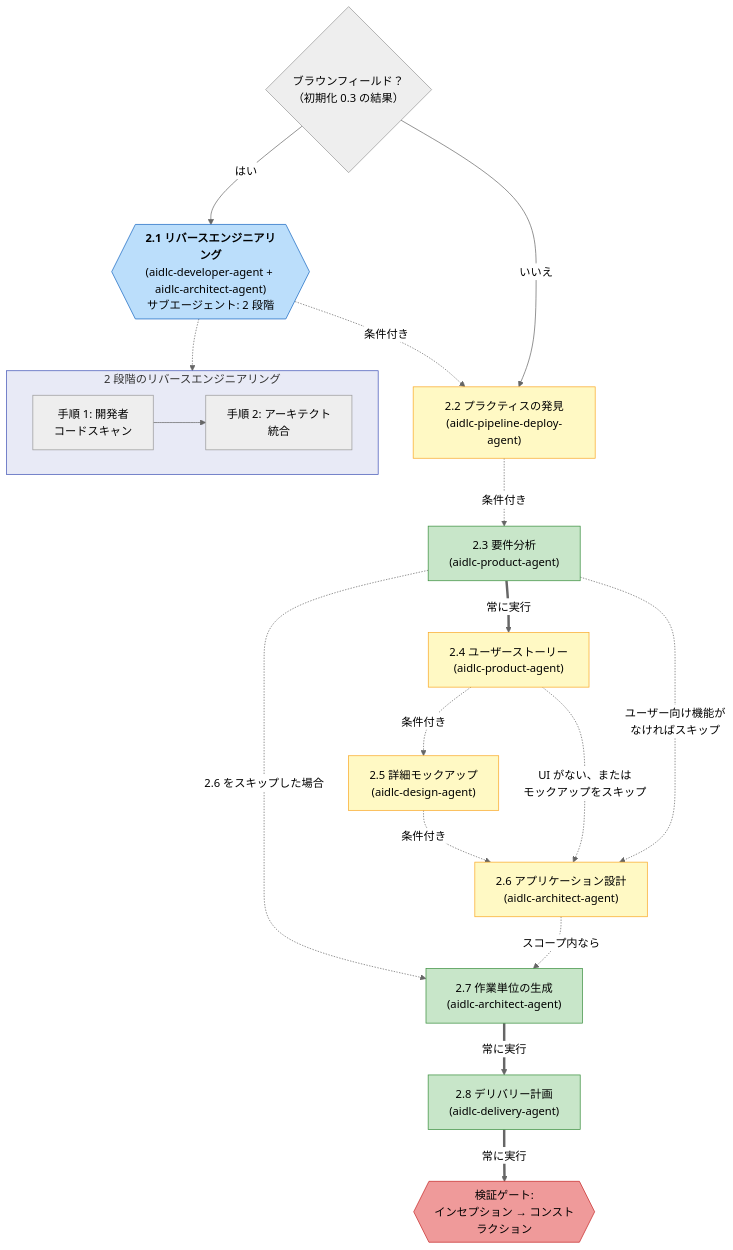
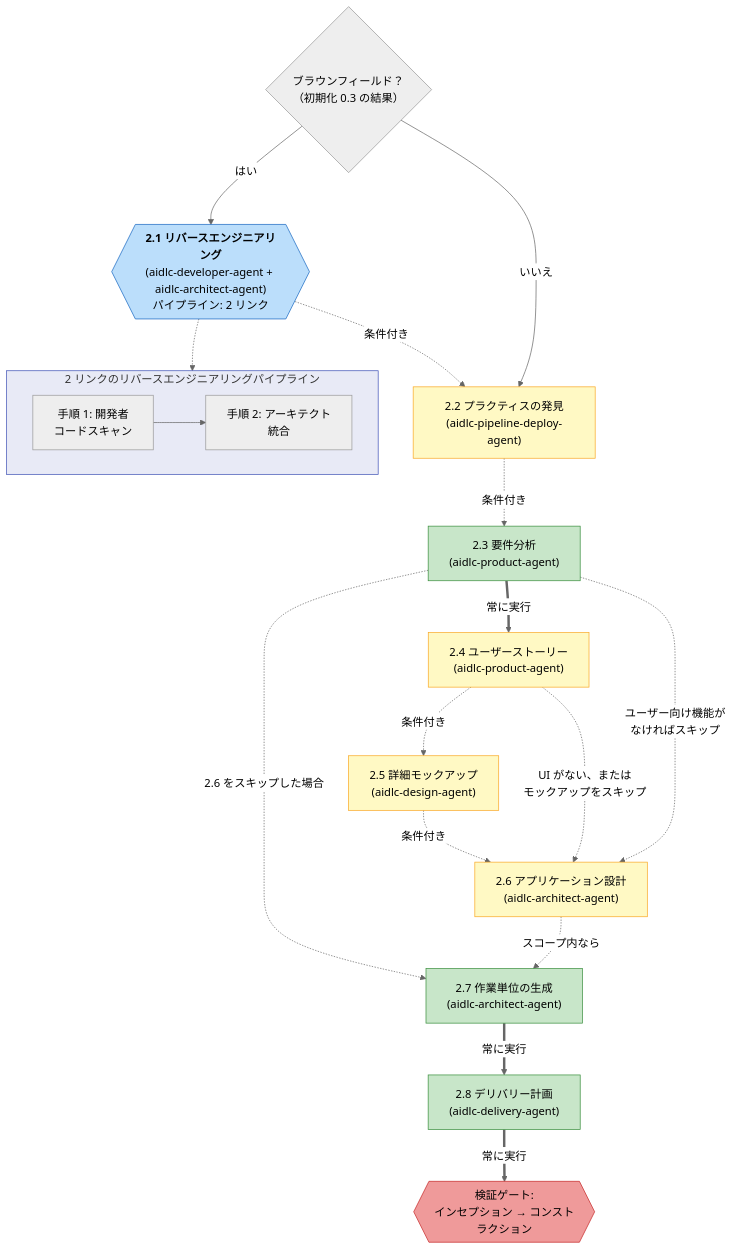
One commit to otomatty/aidlc-workflows-docs changed the third of 6 diagrams in docs/guide/04-phases-and-stages.mdx. Above: the diagram before and after it, drawn with Mermaid (neutral theme). The commit also changed other lines of this file and 71 other files, not shown here.

````diff
--- a/docs/guide/04-phases-and-stages.mdx
+++ b/docs/guide/04-phases-and-stages.mdx
@@ -144,50 +144,50 @@
 ```mermaid
 flowchart TD
     S21{{"`**2.1 リバースエンジニアリング**
     (aidlc-developer-agent + aidlc-architect-agent)
-    サブエージェント: 2 段階`"}}
+    パイプライン: 2 リンク`"}}
     S2P["2.2 プラクティスの発見\n(aidlc-pipeline-deploy-agent)"]
     S22["2.3 要件分析\n(aidlc-product-agent)"]
     S23["2.4 ユーザーストーリー\n(aidlc-product-agent)"]
     S24["2.5 詳細モックアップ\n(aidlc-design-agent)"]
     S25["2.6 アプリケーション設計\n(aidlc-architect-agent)"]
     S26["2.7 作業単位の生成\n(aidlc-architect-agent)"]
     S27["2.8 デリバリー計画\n(aidlc-delivery-agent)"]
     VG2{{"検証ゲート:\nインセプション → コンストラクション"}}
 
     BF_CHECK{"ブラウンフィールド？\n（初期化 0.3 の結果）"}
     BF_CHECK -->|はい| S21
     BF_CHECK -->|いいえ| S2P
     S21 -.->|条件付き| S2P
     S2P -.->|条件付き| S22
 
-    subgraph RE_DETAIL["2 段階のリバースエンジニアリング"]
+    subgraph RE_DETAIL["2 リンクのリバースエンジニアリングパイプライン"]
         direction LR
         DEV_SCAN["手順 1: 開発者\nコードスキャン"]
         ARCH_SYNTH["手順 2: アーキテクト\n統合"]
         DEV_SCAN --> ARCH_SYNTH
     end
 
     S21 -.-> RE_DETAIL
 
     S22 ==>|常に実行| S23
     S22 -.->|"ユーザー向け機能が\nなければスキップ"| S25
     S23 -.->|条件付き| S24
     S23 -.->|"UI がない、または\nモックアップをスキップ"| S25
     S24 -.->|条件付き| S25
     S25 -.->|"スコープ内なら"| S26
     S22 -.->|"2.6 をスキップした場合"| S26
     S26 ==>|常に実行| S27
     S27 ==>|常に実行| VG2
 
     style S21 fill:#bbdefb,stroke:#1565c0
     style S2P fill:#fff9c4,stroke:#f9a825
     style S22 fill:#c8e6c9,stroke:#388e3c
     style S26 fill:#c8e6c9,stroke:#388e3c
     style S27 fill:#c8e6c9,stroke:#388e3c
     style S23 fill:#fff9c4,stroke:#f9a825
     style S24 fill:#fff9c4,stroke:#f9a825
     style S25 fill:#fff9c4,stroke:#f9a825
     style VG2 fill:#ef9a9a,stroke:#c62828
     style RE_DETAIL fill:#e8eaf6,stroke:#3f51b5
 ```
````
